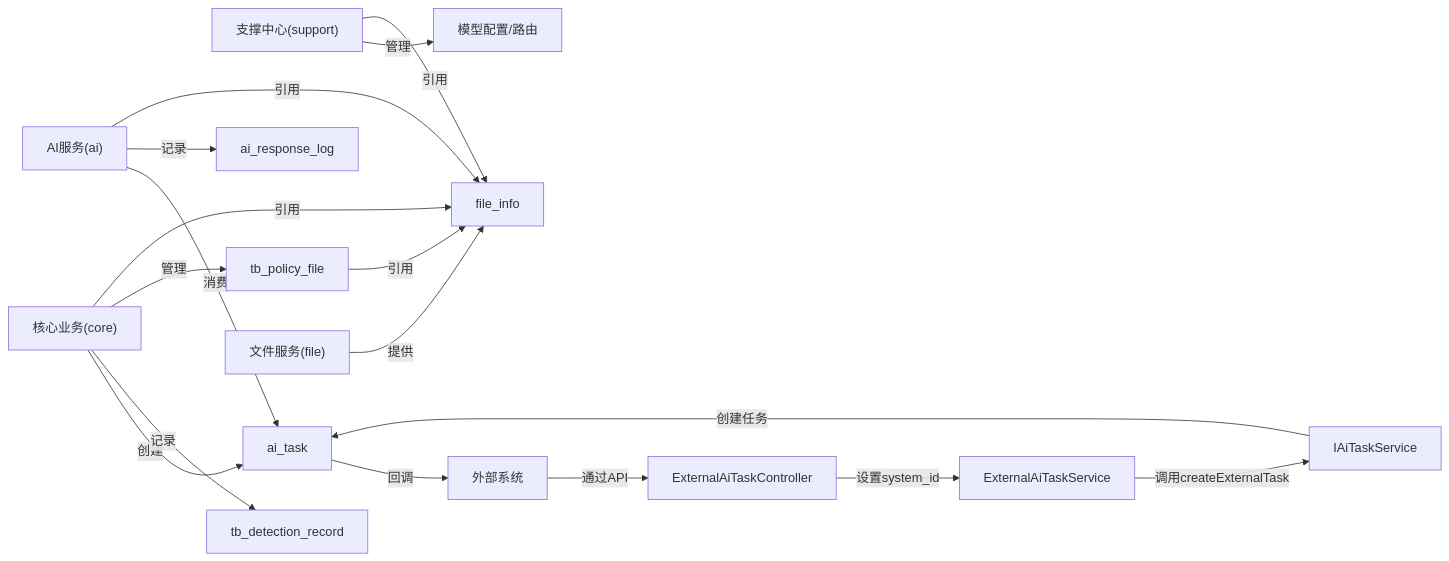
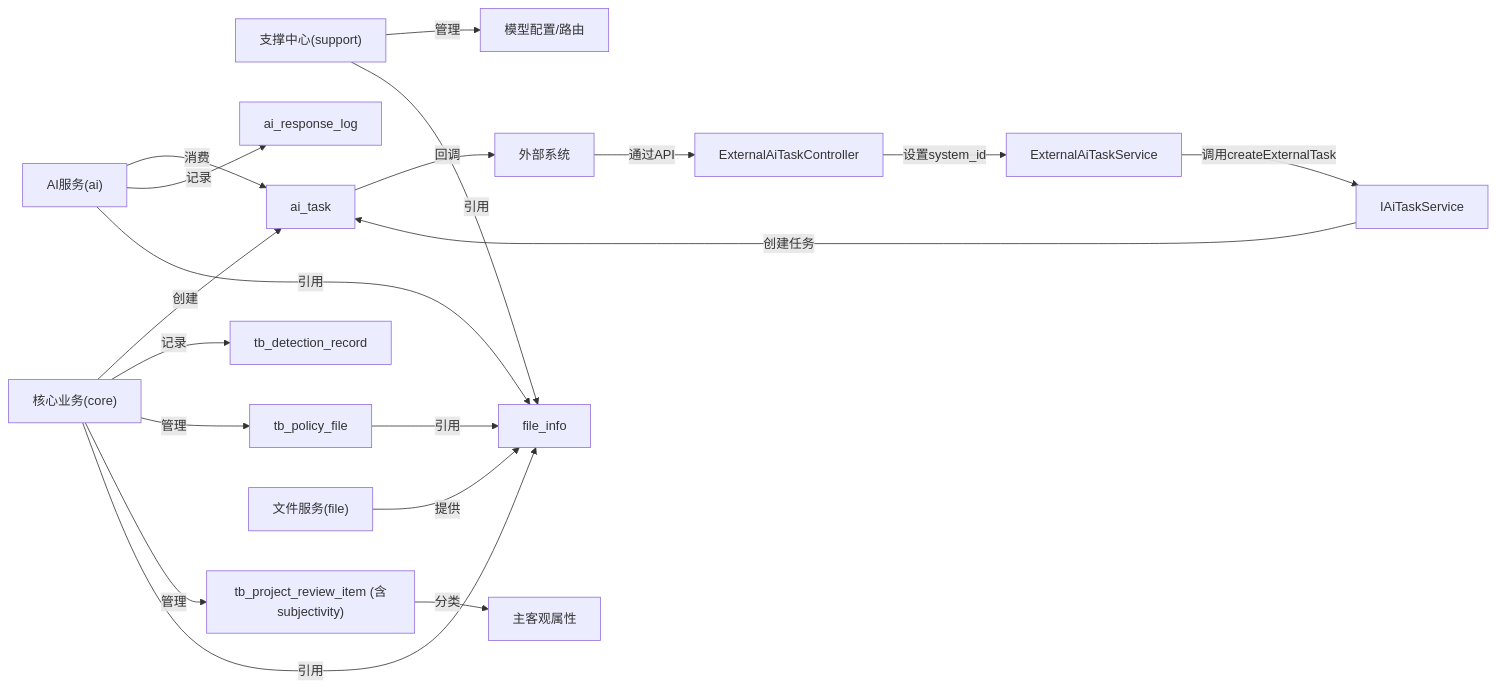
The third of 3 diagrams in .qoder/repowiki/zh/content/数据库设计/数据库架构变更.md (DrunkFood/First), drawn with Mermaid before and after one commit. The commit also changed other lines of this file and 70 other files, not shown here.

````diff
--- a/.qoder/repowiki/zh/content/数据库设计/数据库架构变更.md
+++ b/.qoder/repowiki/zh/content/数据库设计/数据库架构变更.md
@@ -518,19 +524,21 @@
 ```mermaid
 graph LR
 Support["支撑中心(support)"] --> |管理| ModelCfg["模型配置/路由"]
 Core["核心业务(core)"] --> |创建| Task["ai_task"]
 Core --> |记录| Detection["tb_detection_record"]
 Core --> |管理| PolicyFile["tb_policy_file"]
+Core --> |管理| ReviewItem["tb_project_review_item (含subjectivity)"]
 External["外部系统"] --> |通过API| ExtController["ExternalAiTaskController"]
 ExtController --> |设置system_id| ExtService["ExternalAiTaskService"]
 ExtService --> |调用createExternalTask| IaTaskService["IAiTaskService"]
 IaTaskService --> |创建任务| Task
 AI["AI服务(ai)"] --> |消费| Task
 AI --> |记录| RespLog["ai_response_log"]
 File["文件服务(file)"] --> |提供| FileInfo["file_info"]
 Core --> |引用| FileInfo
 AI --> |引用| FileInfo
 Support --> |引用| FileInfo
 PolicyFile --> |引用| FileInfo
+ReviewItem --> |分类| Subjectivity["主客观属性"]
 Task --> |回调| External
 ```
````
